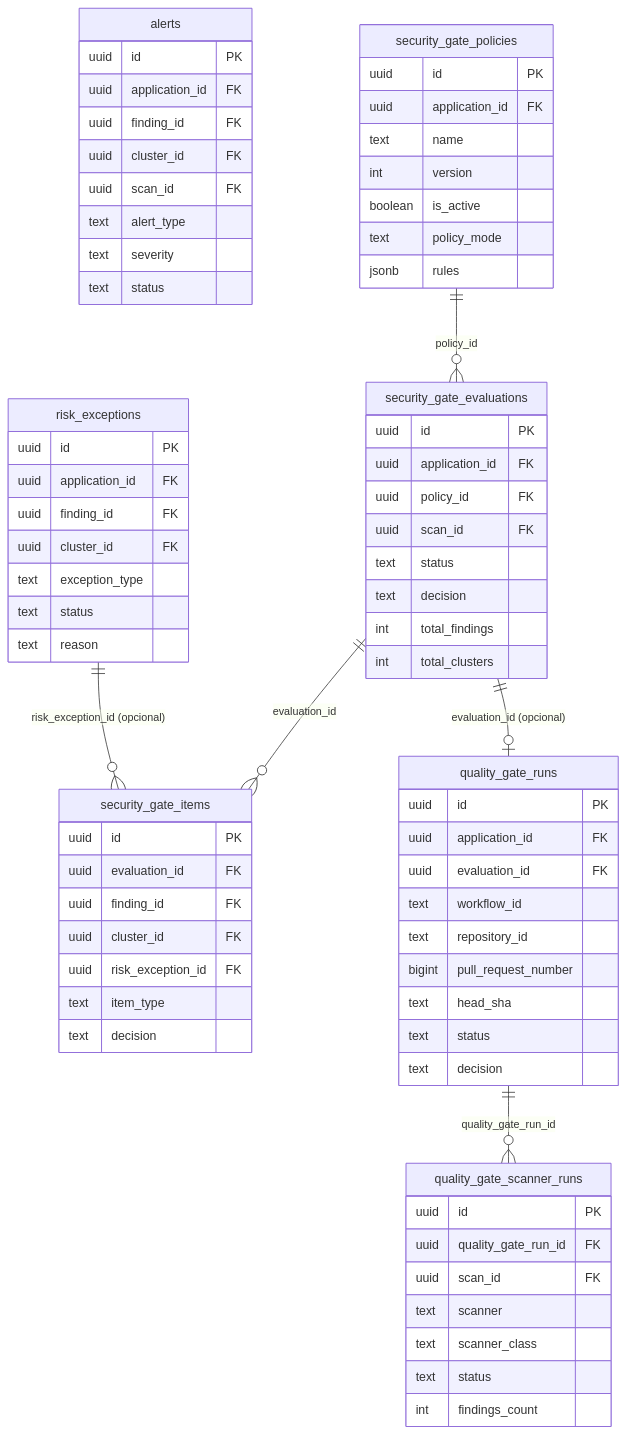
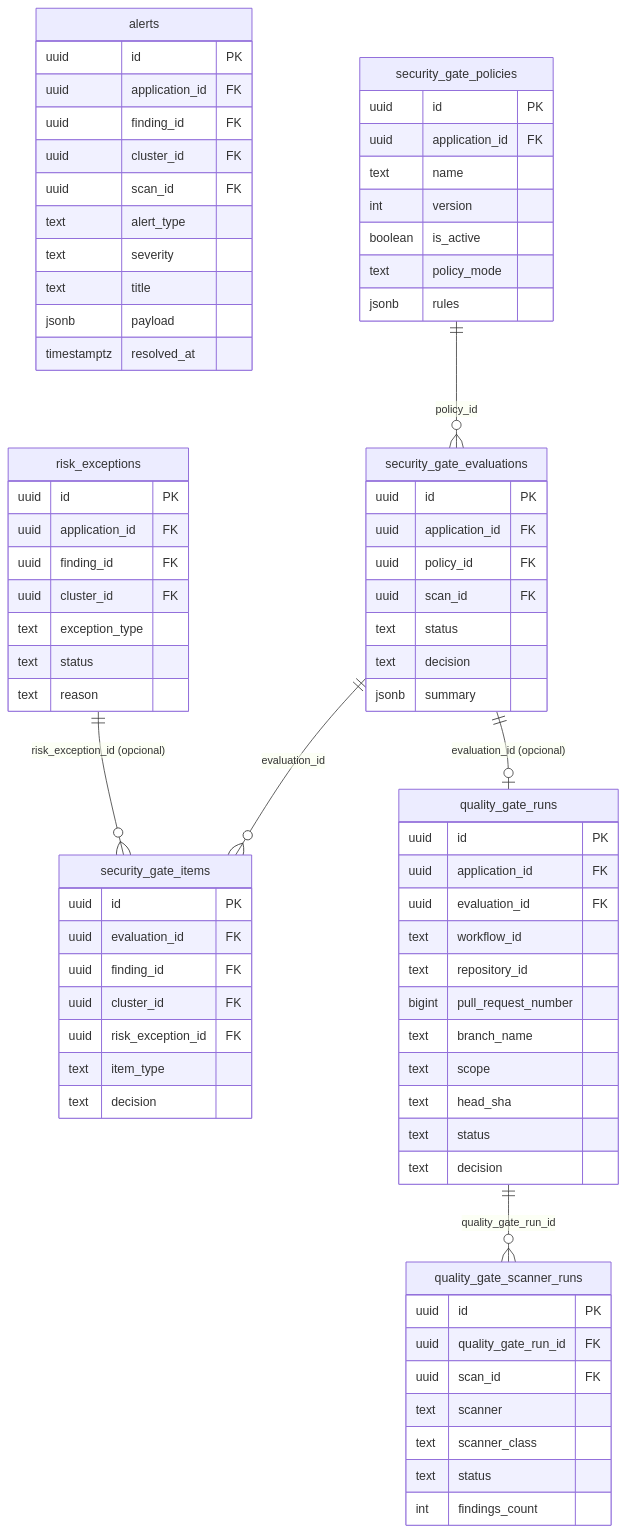
Before and after one commit to OdinEye-FIAP/aspm-docs: the fourth of 5 diagrams in docs/reference/database-schema.md, drawn with Mermaid. The commit also changed other lines of this file, not shown here.

Commit message:
docs: corrigir schema do banco (sarif_raw, alerts, security_gate_evaluations, quality_gate_runs scope, consolidated_risk github_issue)

````diff
--- a/docs/reference/database-schema.md
+++ b/docs/reference/database-schema.md
@@ -333,76 +334,79 @@
 ```mermaid
 erDiagram
     alerts {
         uuid id PK
         uuid application_id FK
         uuid finding_id FK
         uuid cluster_id FK
         uuid scan_id FK
         text alert_type
         text severity
-        text status
+        text title
+        jsonb payload
+        timestamptz resolved_at
     }
     risk_exceptions {
         uuid id PK
         uuid application_id FK
         uuid finding_id FK
         uuid cluster_id FK
         text exception_type
         text status
         text reason
     }
     security_gate_policies {
         uuid id PK
         uuid application_id FK
         text name
         int version
         boolean is_active
         text policy_mode
         jsonb rules
     }
     security_gate_evaluations {
         uuid id PK
         uuid application_id FK
         uuid policy_id FK
         uuid scan_id FK
         text status
         text decision
-        int total_findings
-        int total_clusters
+        jsonb summary
     }
     security_gate_items {
         uuid id PK
         uuid evaluation_id FK
         uuid finding_id FK
         uuid cluster_id FK
         uuid risk_exception_id FK
         text item_type
         text decision
     }
     quality_gate_runs {
         uuid id PK
         uuid application_id FK
         uuid evaluation_id FK
         text workflow_id
         text repository_id
         bigint pull_request_number
+        text branch_name
+        text scope
         text head_sha
         text status
         text decision
     }
     quality_gate_scanner_runs {
         uuid id PK
         uuid quality_gate_run_id FK
         uuid scan_id FK
         text scanner
         text scanner_class
         text status
         int findings_count
     }
 
     security_gate_policies ||--o{ security_gate_evaluations : "policy_id"
     security_gate_evaluations ||--o{ security_gate_items : "evaluation_id"
     security_gate_evaluations ||--o| quality_gate_runs : "evaluation_id (opcional)"
     risk_exceptions ||--o{ security_gate_items : "risk_exception_id (opcional)"
     quality_gate_runs ||--o{ quality_gate_scanner_runs : "quality_gate_run_id"
 ```
````
